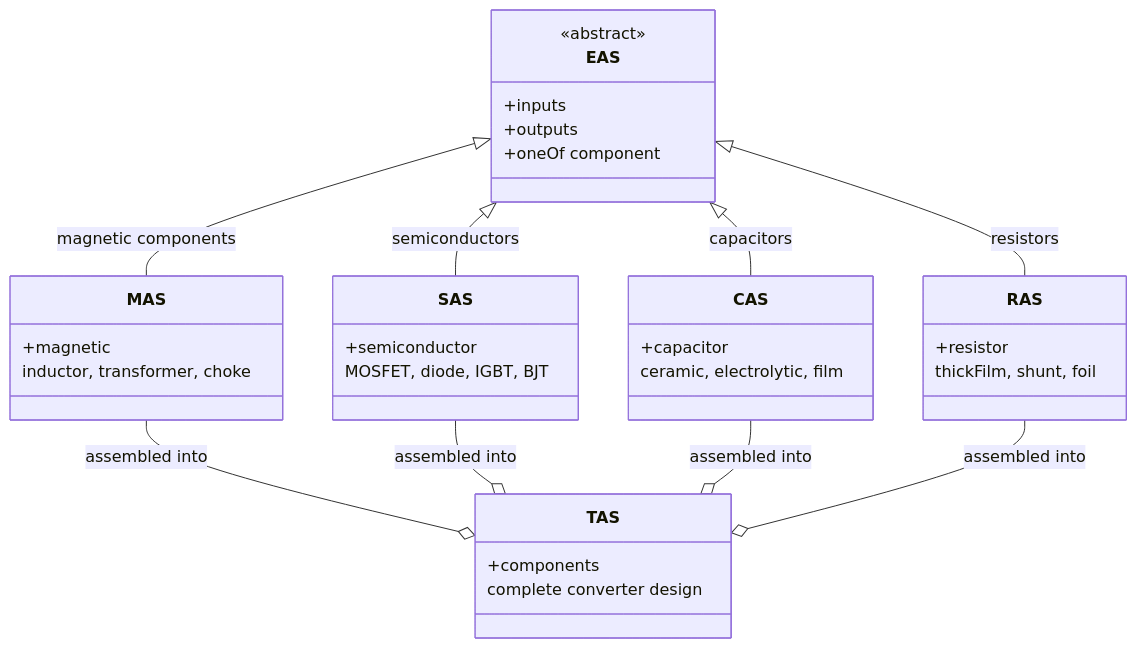
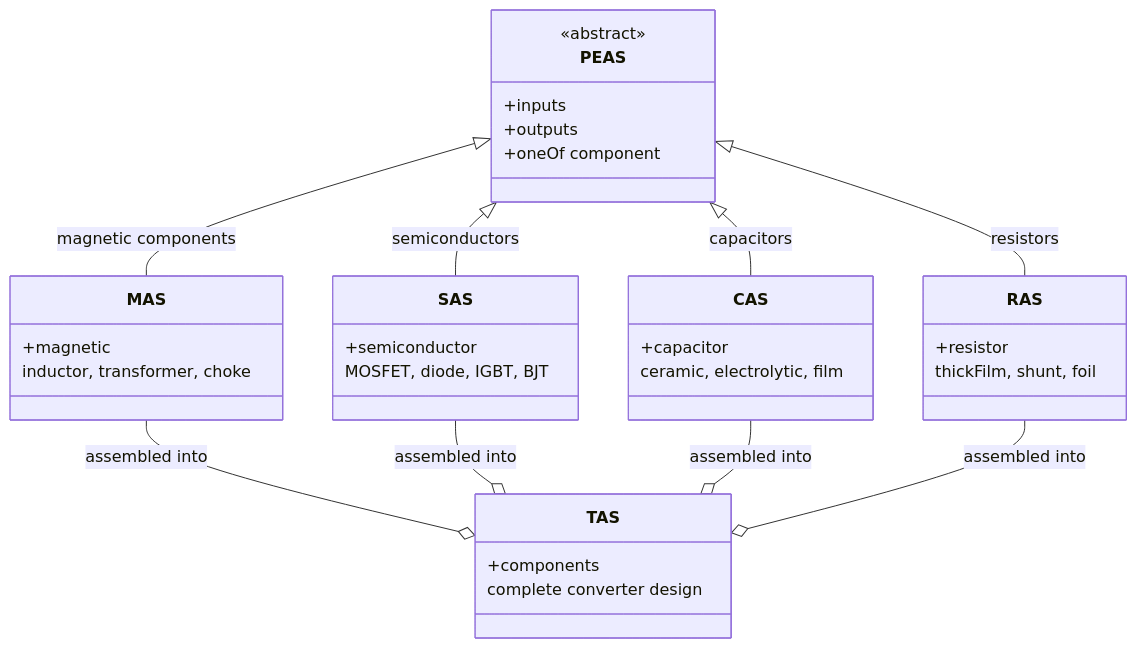
One commit to Power-Supply-Manufacturers-Association/PEAS changed the first of 2 diagrams in README.md. Above: the diagram before and after it, drawn with Mermaid. The commit also changed other lines of this file and 13 other files, not shown here.

First line of the commit message:
Rename EAS to PEAS (Power Electronics Agnostic Structure)

````diff
--- a/README.md
+++ b/README.md
@@ -22,37 +22,37 @@
 ```mermaid
 classDiagram
-    class EAS {
+    class PEAS {
         <<abstract>>
         +inputs
         +outputs
         +oneOf component
     }
     class MAS {
         +magnetic
         inductor, transformer, choke
     }
     class SAS {
         +semiconductor
         MOSFET, diode, IGBT, BJT
     }
     class CAS {
         +capacitor
         ceramic, electrolytic, film
     }
     class RAS {
         +resistor
         thickFilm, shunt, foil
     }
     class TAS {
         +components
         complete converter design
     }
-    EAS <|-- MAS : magnetic components
-    EAS <|-- SAS : semiconductors
-    EAS <|-- CAS : capacitors
-    EAS <|-- RAS : resistors
+    PEAS <|-- MAS : magnetic components
+    PEAS <|-- SAS : semiconductors
+    PEAS <|-- CAS : capacitors
+    PEAS <|-- RAS : resistors
     MAS --o TAS : assembled into
     SAS --o TAS : assembled into
     CAS --o TAS : assembled into
     RAS --o TAS : assembled into
 ```
````
